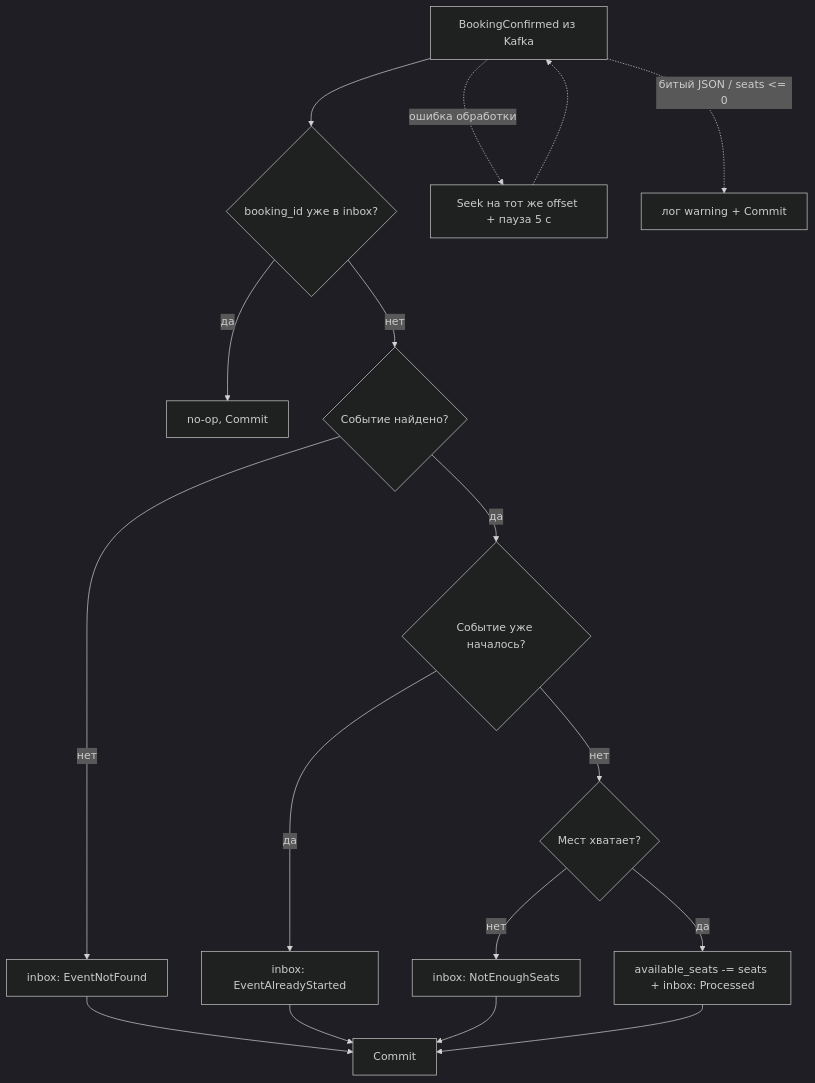
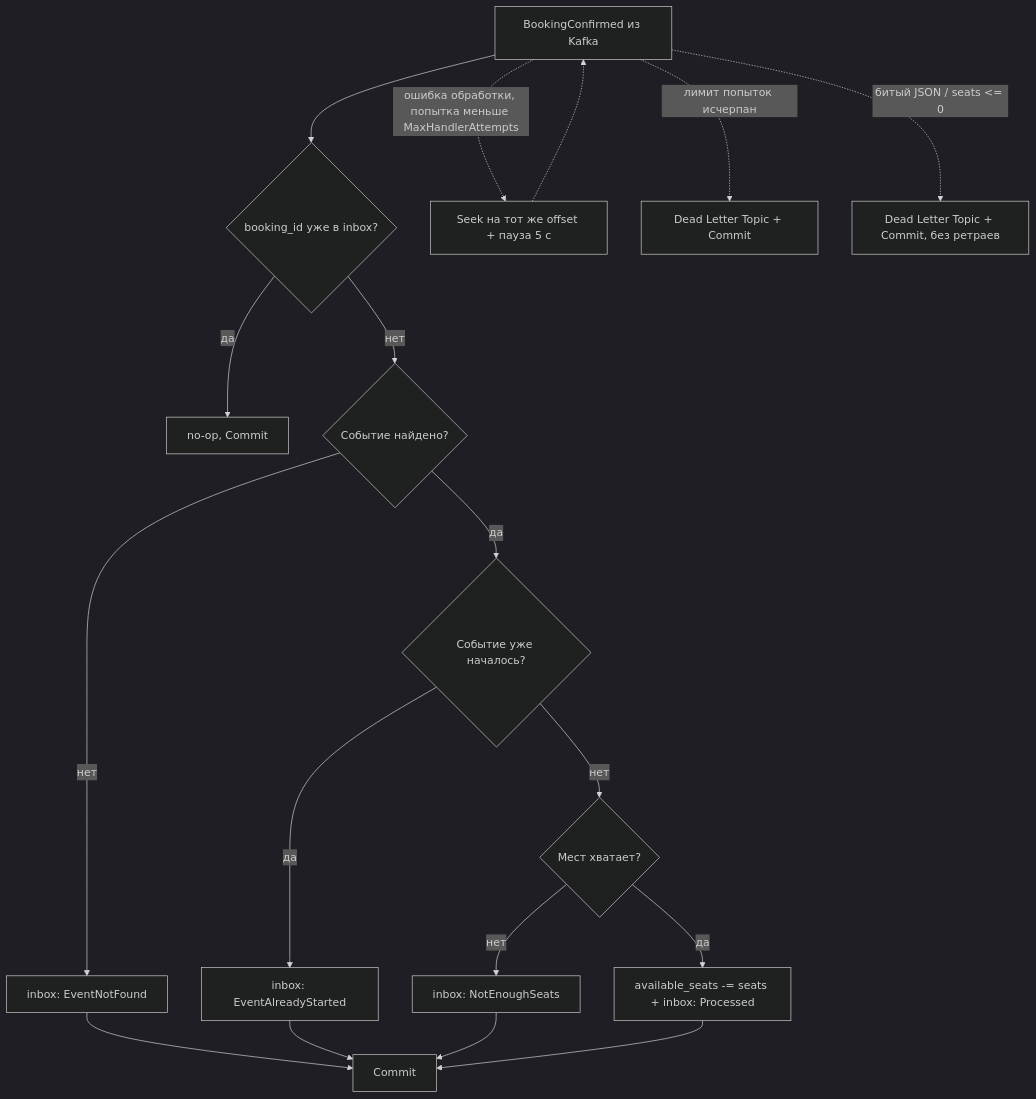
Before and after one commit to t0nyhat/YP_EventManagementService.API: the third of 5 diagrams in docs/sprint9/06-diagrams.md, drawn with Mermaid (dark theme). The commit also changed other lines of this file and 17 other files, not shown here.

Commit message:
feat(events): add dead letter handling for booking confirmations

````diff
--- a/docs/sprint9/06-diagrams.md
+++ b/docs/sprint9/06-diagrams.md
@@ -73,15 +73,16 @@
 ```mermaid
 flowchart TD
     Msg[BookingConfirmed из Kafka] --> Dup{booking_id уже в inbox?}
     Dup -- да --> Skip1[no-op, Commit]
     Dup -- нет --> Found{Событие найдено?}
     Found -- нет --> I1[inbox: EventNotFound] --> Commit1[Commit]
     Found -- да --> Started{Событие уже началось?}
     Started -- да --> I2[inbox: EventAlreadyStarted] --> Commit1
     Started -- нет --> Seats{Мест хватает?}
     Seats -- нет --> I3[inbox: NotEnoughSeats] --> Commit1
     Seats -- да --> Dec[available_seats -= seats + inbox: Processed] --> Commit1
 
-    Msg -.ошибка обработки.-> Seek[Seek на тот же offset + пауза 5 с] -.-> Msg
-    Msg -.битый JSON / seats <= 0.-> Bad[лог warning + Commit]
+    Msg -.ошибка обработки, попытка меньше MaxHandlerAttempts.-> Seek[Seek на тот же offset + пауза 5 с] -.-> Msg
+    Msg -.лимит попыток исчерпан.-> DLT1[Dead Letter Topic + Commit]
+    Msg -.битый JSON / seats <= 0.-> DLT2[Dead Letter Topic + Commit, без ретраев]
 ```
````
